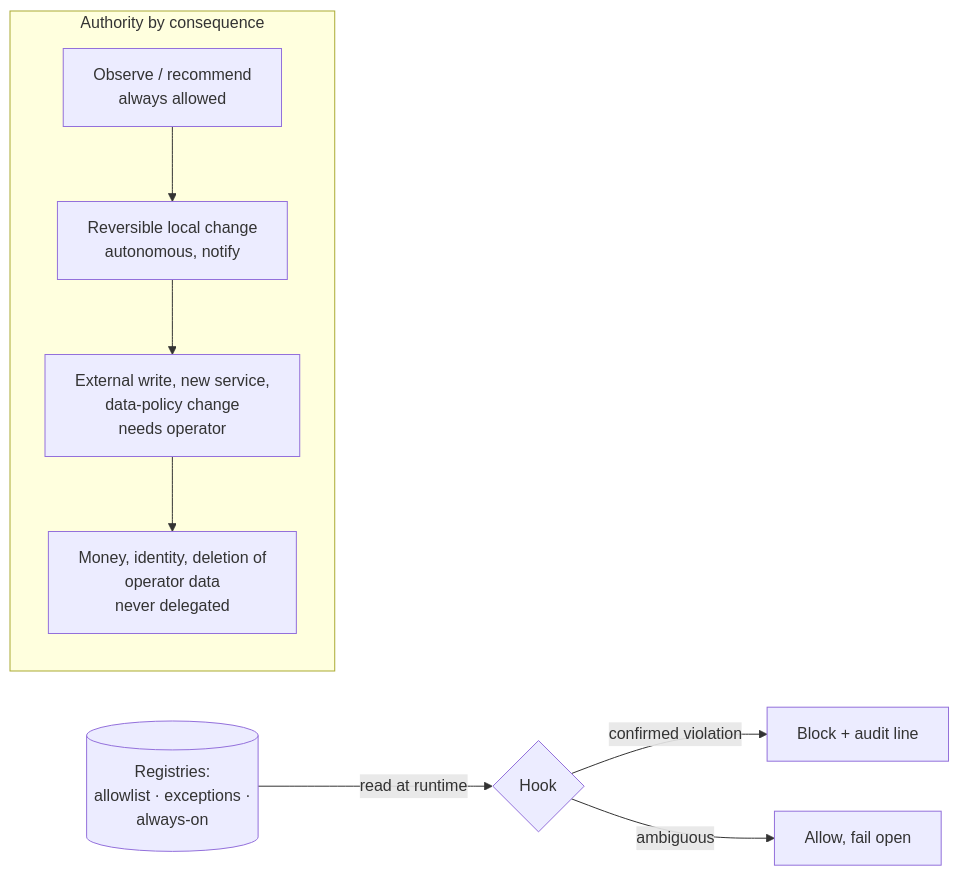
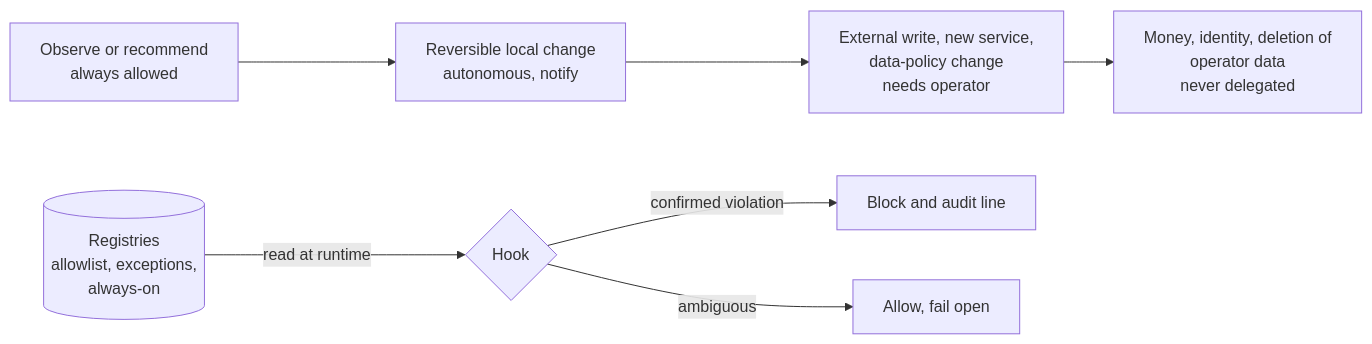
One commit to justinzealand/executive-ai-portfolio changed the diagram in diagrams/02-authority-by-consequence.mmd. Above: the diagram before and after it, drawn with Mermaid. The commit also changed 10 other files, not shown here.

Commit message:
Render-safe diagrams, gitignore, linguist attributes

```diff
--- a/diagrams/02-authority-by-consequence.mmd
+++ b/diagrams/02-authority-by-consequence.mmd
@@ -1,10 +1,7 @@
 flowchart LR
-  subgraph tiers[Authority by consequence]
-    direction TB
-    T0[Observe / recommend<br/>always allowed] --> T1[Reversible local change<br/>autonomous, notify]
-    T1 --> T2[External write, new service,<br/>data-policy change<br/>needs operator]
-    T2 --> T3[Money, identity, deletion of<br/>operator data<br/>never delegated]
-  end
-  R[(Registries:<br/>allowlist · exceptions ·<br/>always-on)] -->|read at runtime| G{Hook}
-  G -->|confirmed violation| B[Block + audit line]
-  G -->|ambiguous| A[Allow, fail open]
+  T0["Observe or recommend<br/>always allowed"] --> T1["Reversible local change<br/>autonomous, notify"]
+  T1 --> T2["External write, new service,<br/>data-policy change<br/>needs operator"]
+  T2 --> T3["Money, identity, deletion of<br/>operator data<br/>never delegated"]
+  R[("Registries<br/>allowlist, exceptions,<br/>always-on")] -->|read at runtime| G{"Hook"}
+  G -->|confirmed violation| B["Block and audit line"]
+  G -->|ambiguous| A["Allow, fail open"]
```
